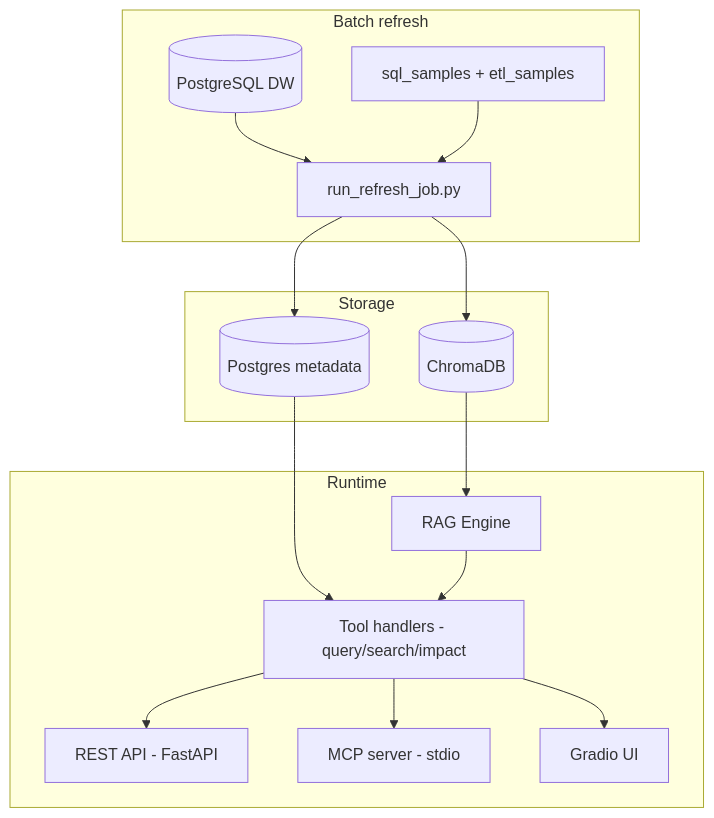
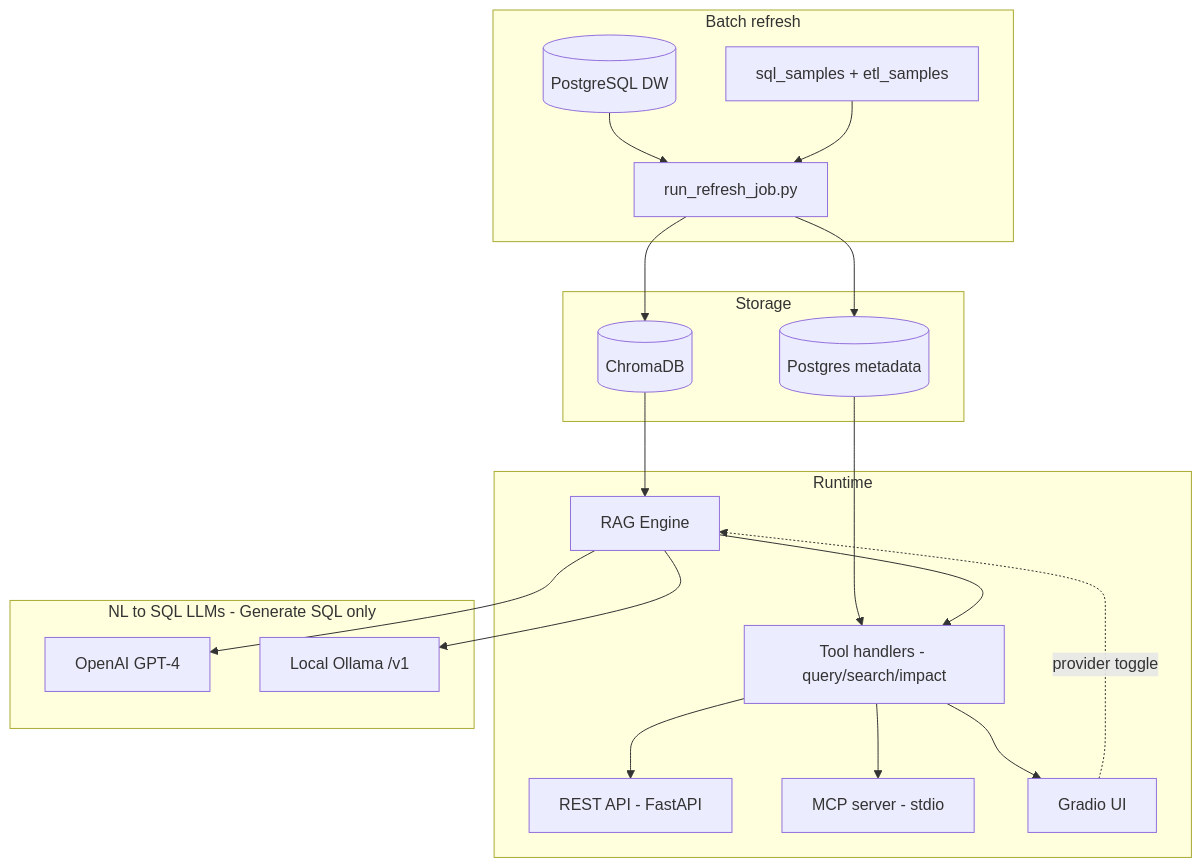
One commit to raghuram-chittibomma/data-catalog-assistant changed the diagram in README.md. Above: the diagram before and after it, drawn with Mermaid. The commit also changed other lines of this file and 22 other files, not shown here.

Commit message:
Add OpenAI or local Ollama provider for NL-to-SQL generation.

````diff
--- a/README.md
+++ b/README.md
@@ -33,29 +33,36 @@
 ```mermaid
 flowchart TB
   subgraph ingest [Batch refresh]
     DW[(PostgreSQL DW)]
     Files[sql_samples + etl_samples]
     Job[run_refresh_job.py]
   end
   subgraph storage [Storage]
     Chroma[(ChromaDB)]
     Meta[(Postgres metadata)]
   end
   subgraph runtime [Runtime]
     RAG[RAG Engine]
     Handlers[Tool handlers - query/search/impact]
     REST[REST API - FastAPI]
     MCP[MCP server - stdio]
     UI[Gradio UI]
   end
+  subgraph llm [NL to SQL LLMs - Generate SQL only]
+    OpenAI[OpenAI GPT-4]
+    Ollama[Local Ollama /v1]
+  end
   DW --> Job
   Files --> Job
   Job --> Chroma
   Job --> Meta
   Chroma --> RAG
   Meta --> Handlers
   RAG --> Handlers
   Handlers --> REST
   Handlers --> MCP
   Handlers --> UI
+  RAG --> OpenAI
+  RAG --> Ollama
+  UI -.->|provider toggle| RAG
 ```
````
